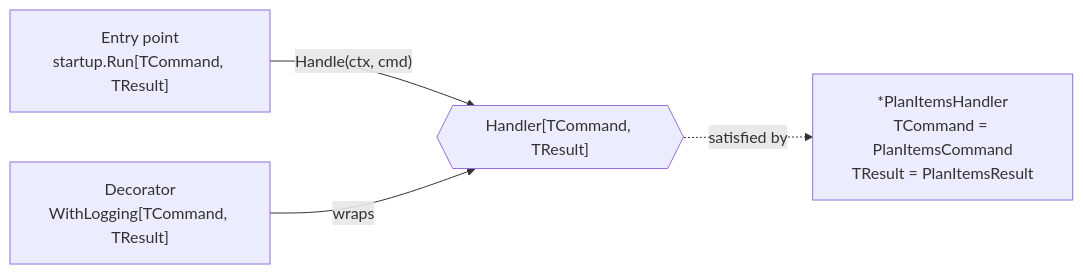
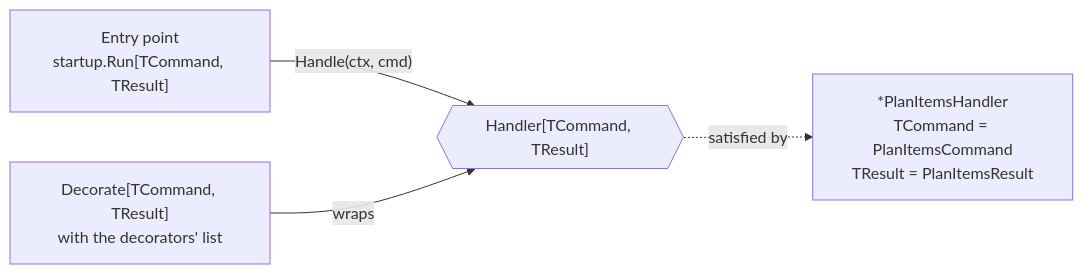
One commit to InsonusK/ai-skills changed the diagram in library/architecture/go/base-plateau-in-go.skill/glossary/handler-contract.md. Above: the diagram before and after it, drawn with Mermaid. The commit also changed other lines of this file and 112 other files, not shown here.

````diff
--- a/library/architecture/go/base-plateau-in-go.skill/glossary/handler-contract.md
+++ b/library/architecture/go/base-plateau-in-go.skill/glossary/handler-contract.md
@@ -25,6 +25,6 @@
 ```mermaid
 flowchart LR
     E["Entry point<br/>startup.Run[TCommand, TResult]"] -->|"Handle(ctx, cmd)"| H{{"Handler[TCommand, TResult]"}}
-    D["Decorator<br/>WithLogging[TCommand, TResult]"] -->|wraps| H
+    D["Decorate[TCommand, TResult]<br/>with the decorators' list"] -->|wraps| H
     H -. satisfied by .-> P["*PlanItemsHandler<br/>TCommand = PlanItemsCommand<br/>TResult = PlanItemsResult"]
 ```
````
